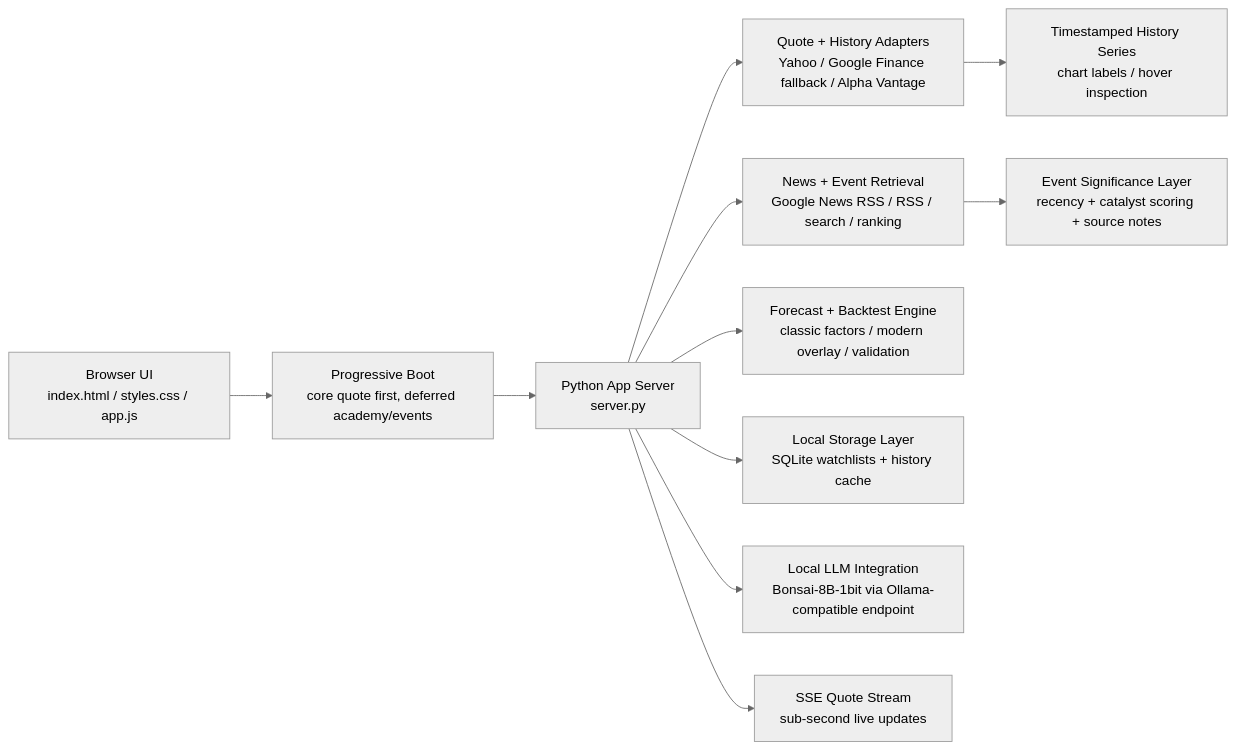
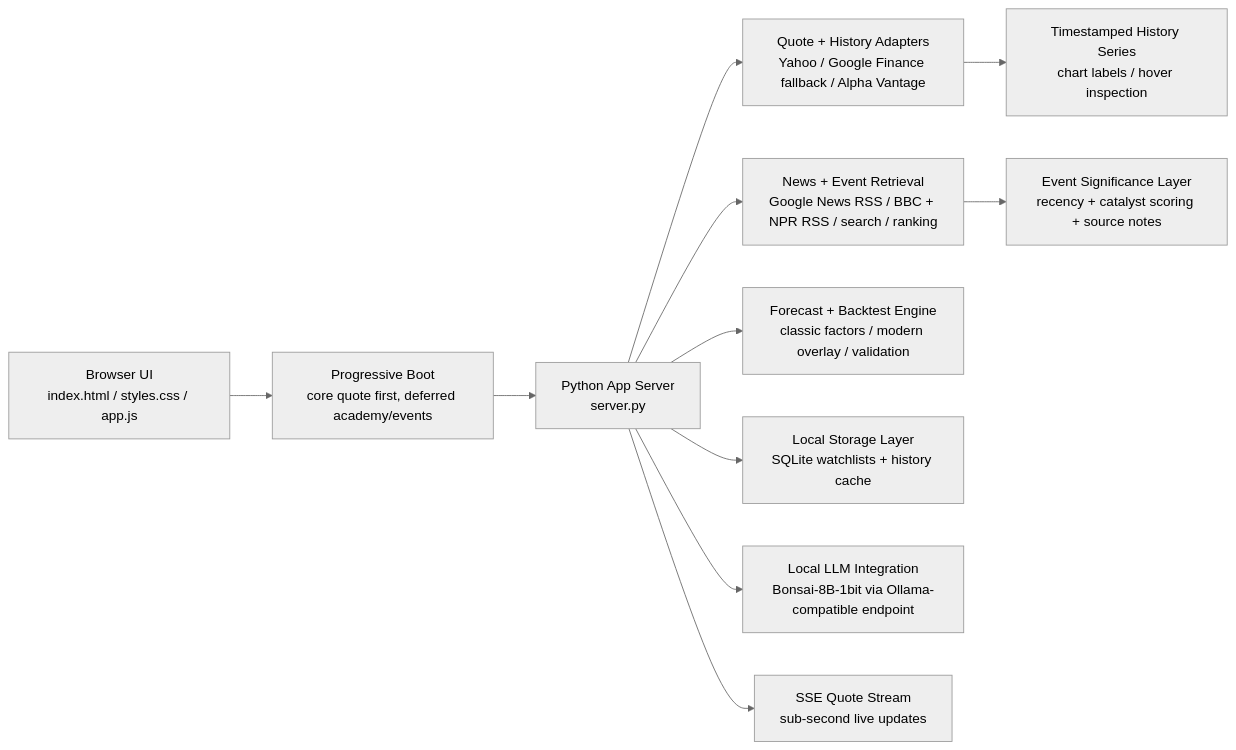
Before and after one commit to sarsiz/Financial-Market-Dashboard: the diagram in README.md, drawn with Mermaid (neutral theme). The commit also changed other lines of this file and 7 other files, not shown here.

````diff
--- a/README.md
+++ b/README.md
@@ -38,13 +43,13 @@
 ```mermaid
 flowchart LR
   A["Browser UI<br/>index.html / styles.css / app.js"] --> A1["Progressive Boot<br/>core quote first, deferred academy/events"]
   A1 --> B["Python App Server<br/>server.py"]
   B --> C["Quote + History Adapters<br/>Yahoo / Google Finance fallback / Alpha Vantage"]
-  B --> D["News + Event Retrieval<br/>Google News RSS / RSS / search / ranking"]
+  B --> D["News + Event Retrieval<br/>Google News RSS / BBC + NPR RSS / search / ranking"]
   B --> E["Forecast + Backtest Engine<br/>classic factors / modern overlay / validation"]
   B --> F["Local Storage Layer<br/>SQLite watchlists + history cache"]
   B --> G["Local LLM Integration<br/>Bonsai-8B-1bit via Ollama-compatible endpoint"]
   B --> H["SSE Quote Stream<br/>sub-second live updates"]
   C --> C1["Timestamped History Series<br/>chart labels / hover inspection"]
   D --> D1["Event Significance Layer<br/>recency + catalyst scoring + source notes"]
 ```
````
